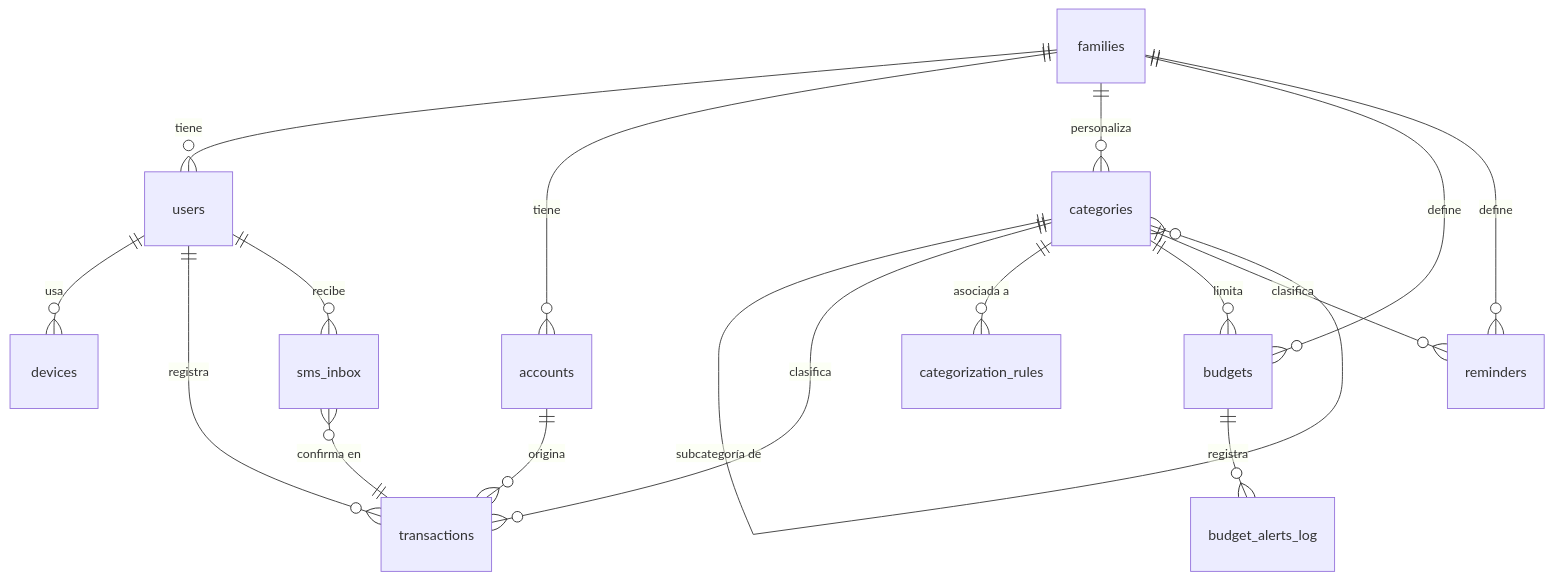
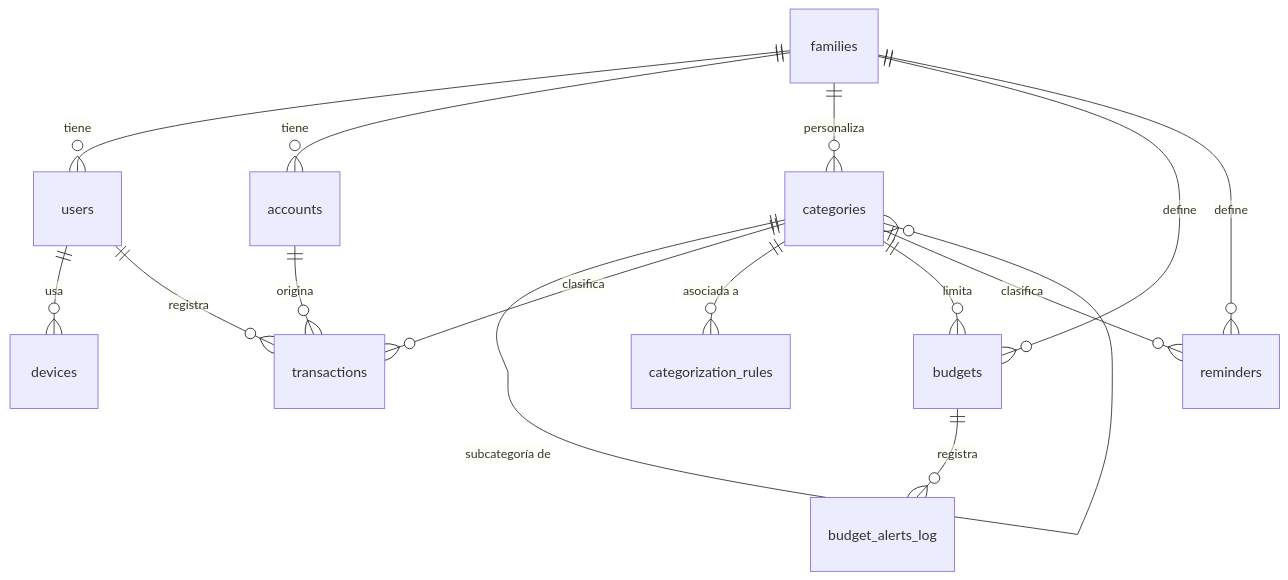
The diagram in docs/DATABASE_SCHEMA.md (puntocero-dot/Kipo), drawn with Mermaid before and after one commit. The commit also changed other lines of this file and 31 other files, not shown here.

````diff
--- a/docs/DATABASE_SCHEMA.md
+++ b/docs/DATABASE_SCHEMA.md
@@ -9,19 +9,17 @@
 ```mermaid
 erDiagram
     families ||--o{ users : "tiene"
     families ||--o{ accounts : "tiene"
     families ||--o{ categories : "personaliza"
     families ||--o{ budgets : "define"
     families ||--o{ reminders : "define"
     users ||--o{ devices : "usa"
     users ||--o{ transactions : "registra"
-    users ||--o{ sms_inbox : "recibe"
     accounts ||--o{ transactions : "origina"
     categories ||--o{ categories : "subcategoría de"
     categories ||--o{ transactions : "clasifica"
     categories ||--o{ categorization_rules : "asociada a"
     categories ||--o{ budgets : "limita"
     categories ||--o{ reminders : "clasifica"
-    sms_inbox }o--|| transactions : "confirma en"
     budgets ||--o{ budget_alerts_log : "registra"
 ```
````
